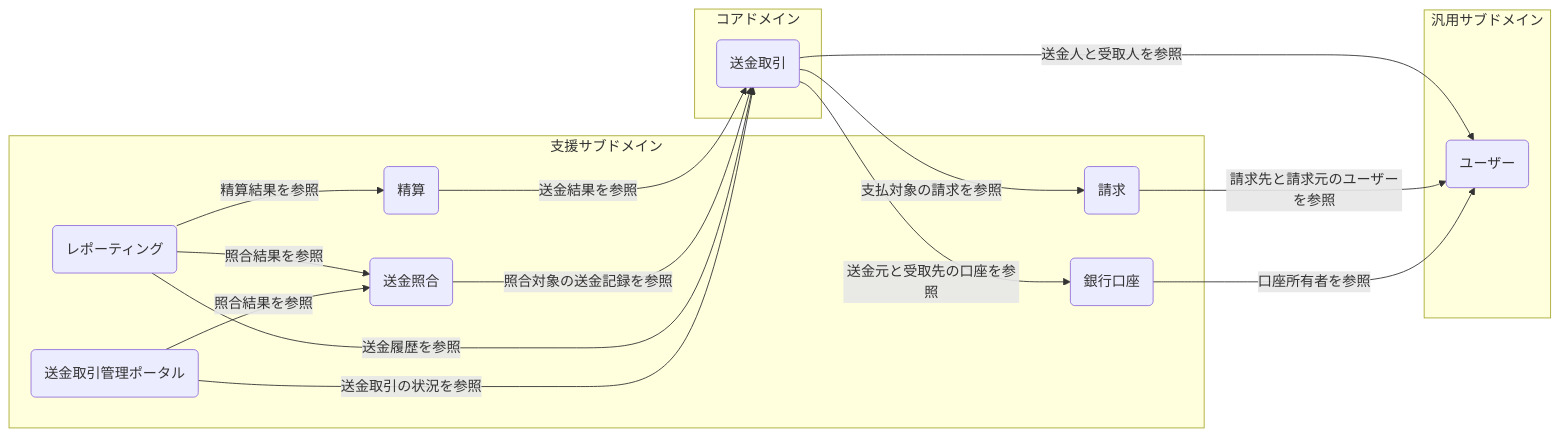
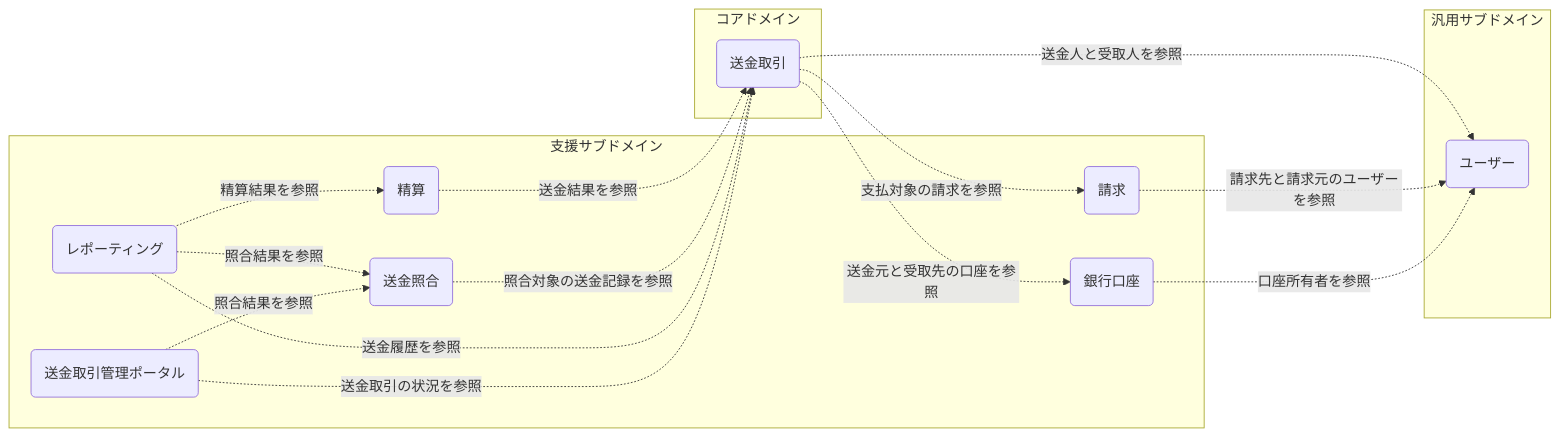
Before and after one commit to hiroki-it/tech-notebook: the fifth of 7 diagrams in docs/software/software_application_architecture_backend_domain_driven_design.md, drawn with Mermaid. The commit also changed other lines of this file, not shown here.

````diff
--- a/docs/software/software_application_architecture_backend_domain_driven_design.md
+++ b/docs/software/software_application_architecture_backend_domain_driven_design.md
@@ -845,30 +965,30 @@
 ```mermaid
 flowchart LR
   subgraph core["コアドメイン"]
     remittance("送金取引")
   end
   subgraph supporting["支援サブドメイン"]
     payment("請求")
     bankAccount("銀行口座")
     settlement("精算")
     reconciliation("送金照合")
     reporting("レポーティング")
     portal("送金取引管理ポータル")
   end
   subgraph generic["汎用サブドメイン"]
     user("ユーザー")
   end
 
-  remittance -->|送金元と受取先の口座を参照| bankAccount
-  remittance -->|送金人と受取人を参照| user
-  remittance -->|支払対象の請求を参照| payment
-  payment -->|請求先と請求元のユーザーを参照| user
-  bankAccount -->|口座所有者を参照| user
-  settlement -->|送金結果を参照| remittance
-  reconciliation -->|照合対象の送金記録を参照| remittance
-  reporting -->|送金履歴を参照| remittance
-  reporting -->|精算結果を参照| settlement
-  reporting -->|照合結果を参照| reconciliation
-  portal -->|送金取引の状況を参照| remittance
-  portal -->|照合結果を参照| reconciliation
+  remittance -.->|送金元と受取先の口座を参照| bankAccount
+  remittance -.->|送金人と受取人を参照| user
+  remittance -.->|支払対象の請求を参照| payment
+  payment -.->|請求先と請求元のユーザーを参照| user
+  bankAccount -.->|口座所有者を参照| user
+  settlement -.->|送金結果を参照| remittance
+  reconciliation -.->|照合対象の送金記録を参照| remittance
+  reporting -.->|送金履歴を参照| remittance
+  reporting -.->|精算結果を参照| settlement
+  reporting -.->|照合結果を参照| reconciliation
+  portal -.->|送金取引の状況を参照| remittance
+  portal -.->|照合結果を参照| reconciliation
 ```
````
